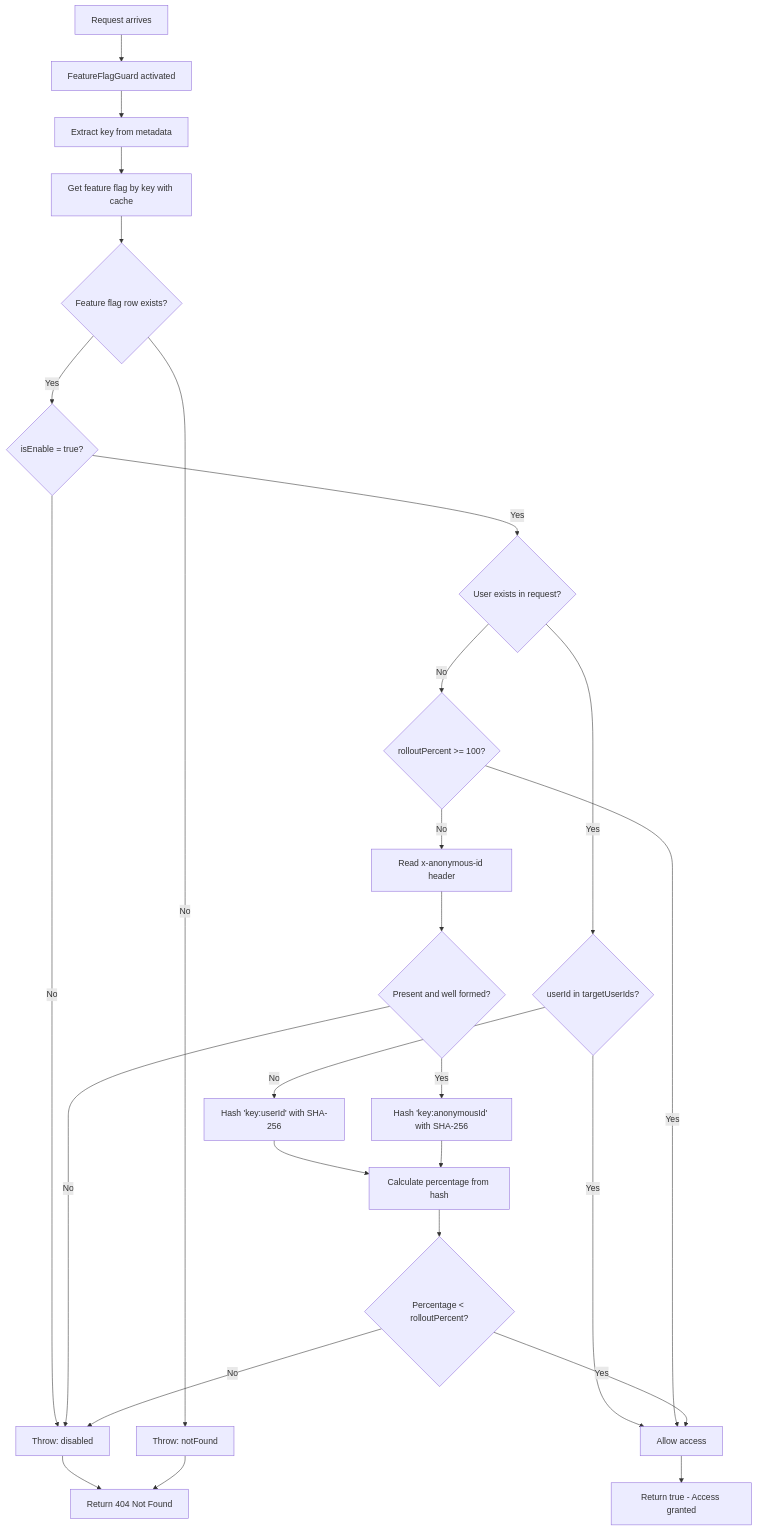
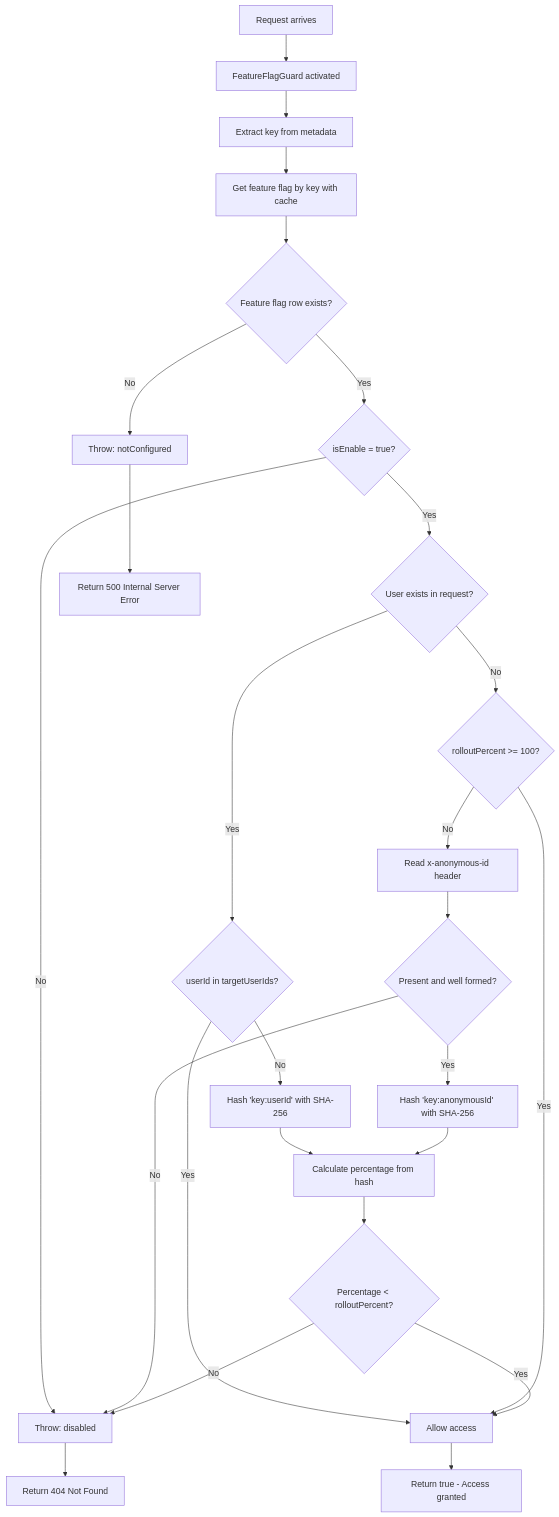
The diagram in docs/feature-flag.md (andrechristikan/ack-nestjs-boilerplate), drawn with Mermaid before and after one commit. The commit also changed other lines of this file and 29 other files, not shown here.

````diff
--- a/docs/feature-flag.md
+++ b/docs/feature-flag.md
@@ -57,28 +57,28 @@
 ```mermaid
 flowchart TD
     A[Request arrives] --> B[FeatureFlagGuard activated]
     B --> C[Extract key from metadata]
     C --> I[Get feature flag by key with cache]
     I --> J{Feature flag row exists?}
-    J -->|No| J1[Throw: notFound]
+    J -->|No| J1[Throw: notConfigured]
     J -->|Yes| L{isEnable = true?}
     L -->|No| K[Throw: disabled]
     L -->|Yes| S{User exists in request?}
     S -->|Yes| S1{userId in targetUserIds?}
     S1 -->|Yes| T[Allow access]
     S1 -->|No| U[Hash 'key:userId' with SHA-256]
     S -->|No| N1{rolloutPercent >= 100?}
     N1 -->|Yes| T
     N1 -->|No| N2[Read x-anonymous-id header]
     N2 --> N3{Present and well formed?}
     N3 -->|No| K
     N3 -->|Yes| U2[Hash 'key:anonymousId' with SHA-256]
     U --> V[Calculate percentage from hash]
     U2 --> V
     V --> W{Percentage < rolloutPercent?}
     W -->|No| K
     W -->|Yes| T
     T --> X[Return true - Access granted]
     K --> Y[Return 404 Not Found]
-    J1 --> Y
+    J1 --> Z[Return 500 Internal Server Error]
 ```
````
